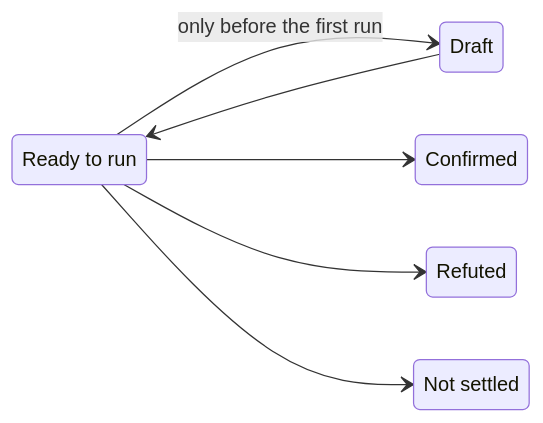
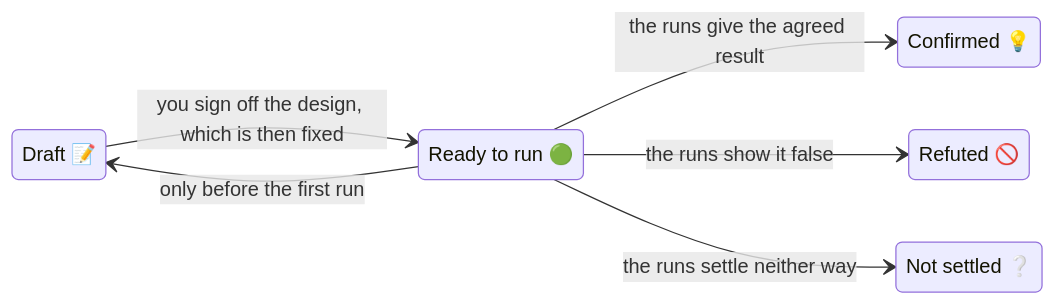
The sixth of 11 diagrams in docs/lifecycle.md (michaelmarconi/agentic-engineering), drawn with Mermaid before and after one commit. The commit also changed other lines of this file, not shown here.

Commit message:
Lifecycle draft: statuses and what moves a document between them, in the diagrams

````diff
--- a/docs/lifecycle.md
+++ b/docs/lifecycle.md
@@ -131,11 +121,14 @@
 ```mermaid
 stateDiagram-v2
     direction LR
-    state "Ready to run" as Ready
-    state "Not settled" as NotSettled
-    Draft --> Ready
+    state "Draft 📝" as Draft
+    state "Ready to run 🟢" as Ready
+    state "Confirmed 💡" as Confirmed
+    state "Refuted 🚫" as Refuted
+    state "Not settled ❔" as NotSettled
+    Draft --> Ready : you sign off the design, which is then fixed
     Ready --> Draft : only before the first run
-    Ready --> Confirmed
-    Ready --> Refuted
-    Ready --> NotSettled
+    Ready --> Confirmed : the runs give the agreed result
+    Ready --> Refuted : the runs show it false
+    Ready --> NotSettled : the runs settle neither way
 ```
````
